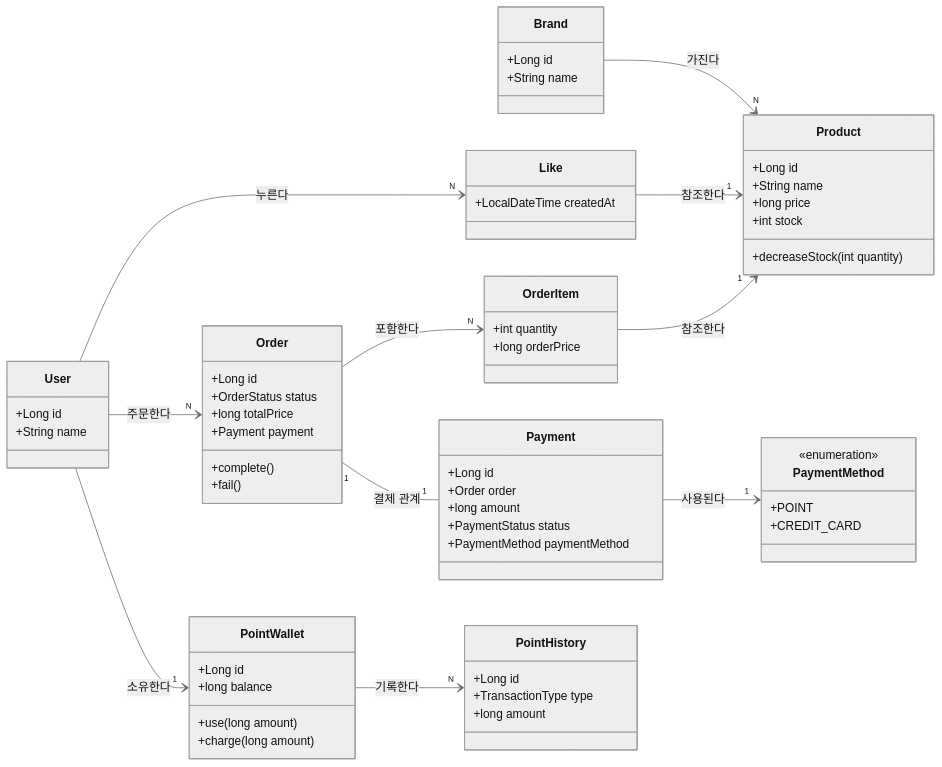
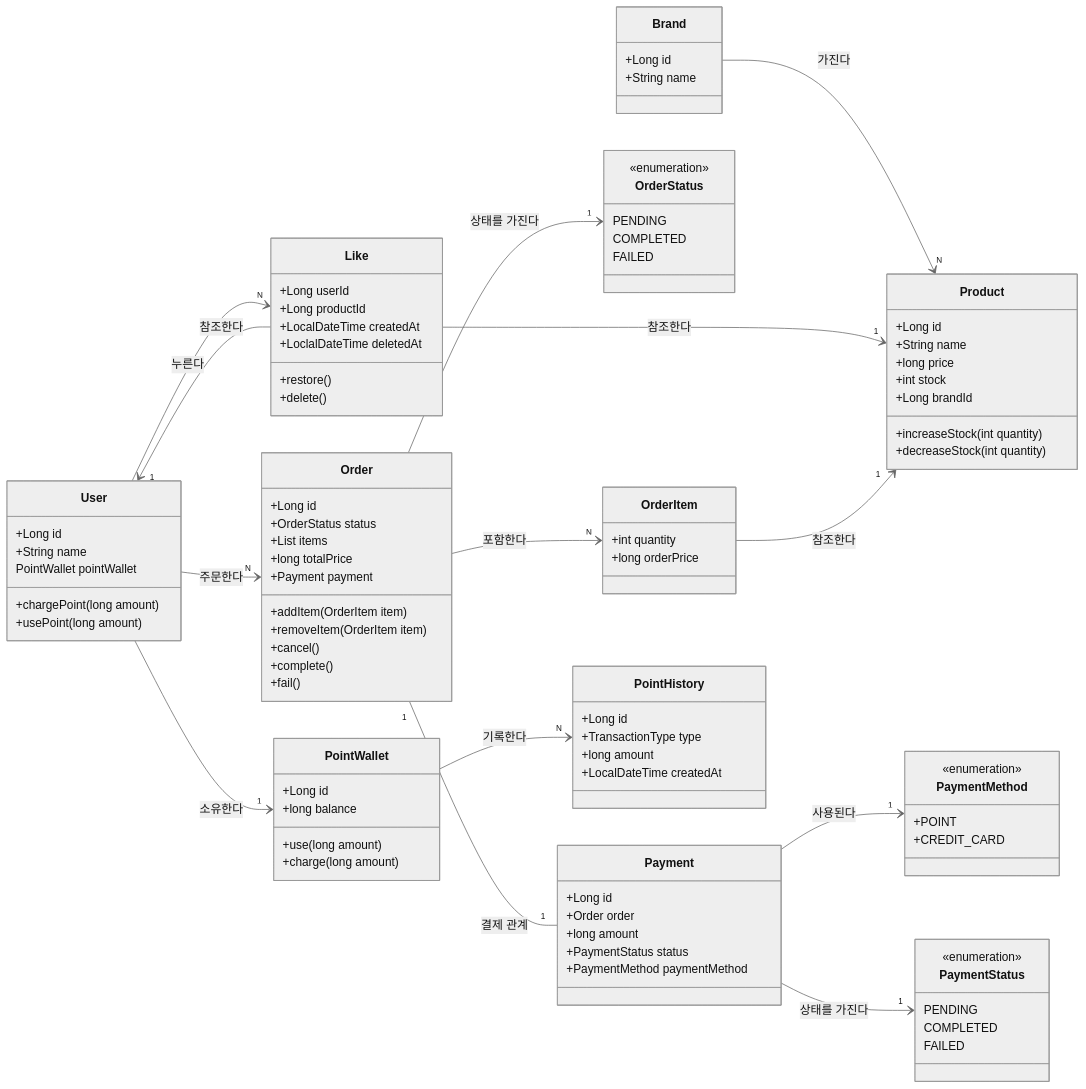
The diagram in docs/design/03-class-diagrams.md (Loopers-Team-6/chanho), drawn with Mermaid (neutral theme) before and after one commit. The commit also changed 3 other files, not shown here.

````diff
--- a/docs/design/03-class-diagrams.md
+++ b/docs/design/03-class-diagrams.md
@@ -7,6 +7,9 @@
     class User {
         +Long id
         +String name
+        PointWallet pointWallet
+        +chargePoint(long amount)
+        +usePoint(long amount)
     }
 
     class Product {
@@ -14,6 +17,8 @@
         +String name
         +long price
         +int stock
+        +Long brandId
+        +increaseStock(int quantity)
         +decreaseStock(int quantity)
     }
 
@@ -25,10 +30,21 @@
     class Order {
         +Long id
         +OrderStatus status
+        +List<OrderItem> items
         +long totalPrice
         +Payment payment
+        +addItem(OrderItem item)
+        +removeItem(OrderItem item)
+        +cancel()
         +complete()
         +fail()
+    }
+
+    class OrderStatus {
+        <<enumeration>>
+        PENDING
+        COMPLETED
+        FAILED
     }
 
     class OrderItem {
@@ -37,7 +53,20 @@
     }
 
     class Like {
+        +Long userId
+        +Long productId
         +LocalDateTime createdAt
+        +LoclalDateTime deletedAt
+        +restore()
+        +delete()
+    }
+
+    class Payment {
+        +Long id
+        +Order order
+        +long amount
+        +PaymentStatus status
+        +PaymentMethod paymentMethod
     }
 
     class PaymentMethod {
@@ -46,12 +75,11 @@
         +CREDIT_CARD
     }
 
-    class Payment {
-        +Long id
-        +Order order
-        +long amount
-        +PaymentStatus status
-        +PaymentMethod paymentMethod
+    class PaymentStatus {
+        <<enumeration>>
+        PENDING
+        COMPLETED
+        FAILED
     }
 
     class PointWallet {
@@ -65,21 +93,20 @@
         +Long id
         +TransactionType type
         +long amount
+        +LocalDateTime createdAt
     }
 
-    User --> "N" Order : 주문한다
-    User --> "N" Like : 누른다
-    User --> "1" PointWallet : 소유한다
-
-    Brand --> "N" Product : 가진다
-
-    Like --> "1" Product : 참조한다
-    OrderItem --> "1" Product : 참조한다
-
-    Order --> "N" OrderItem : 포함한다
-    Order "1" -- "1" Payment : 결제 관계
-
-    Payment --> "1" PaymentMethod : 사용된다
-
-    PointWallet --> "N" PointHistory : 기록한다
+    User --> "N" Order: 주문한다
+    User --> "N" Like: 누른다
+    User --> "1" PointWallet: 소유한다
+    Brand --> "N" Product: 가진다
+    Like --> "1" Product: 참조한다
+    Like --> "1" User: 참조한다
+    OrderItem --> "1" Product: 참조한다
+    Order --> "N" OrderItem: 포함한다
+    Order "1" -- "1" Payment: 결제 관계
+    Order --> "1" OrderStatus: 상태를 가진다
+    Payment --> "1" PaymentMethod: 사용된다
+    Payment --> "1" PaymentStatus: 상태를 가진다
+    PointWallet --> "N" PointHistory: 기록한다
 ```
````
